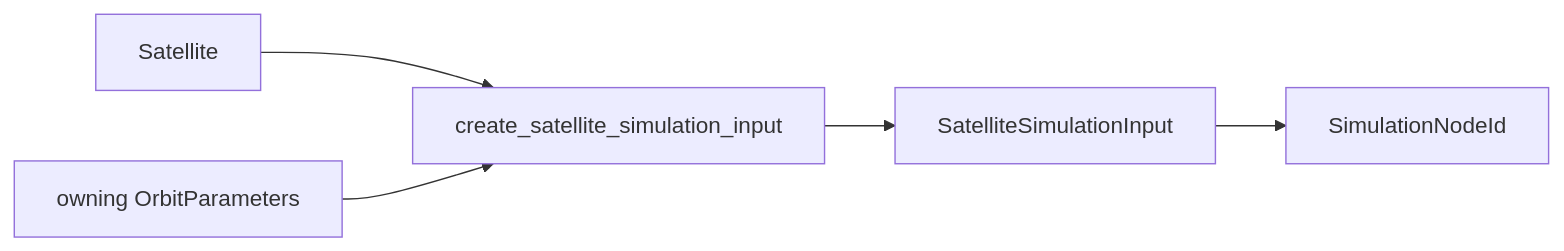
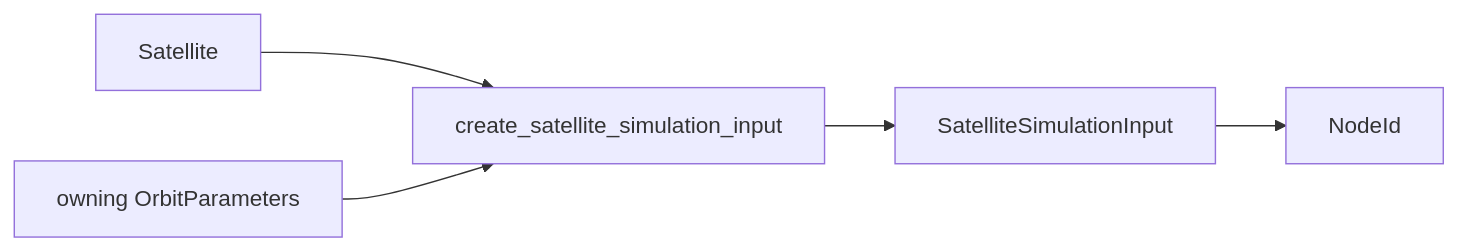
The second of 2 diagrams in skyseed_v2/docs/design/isolated-satellite-emulator.md (seed-labs/skyseed), drawn with Mermaid before and after one commit. The commit also changed other lines of this file and 47 other files, not shown here.

````diff
--- a/skyseed_v2/docs/design/isolated-satellite-emulator.md
+++ b/skyseed_v2/docs/design/isolated-satellite-emulator.md
@@ -65,7 +65,7 @@
 ```mermaid
 flowchart LR
     SAT[Satellite] --> CONVERT[create_satellite_simulation_input]
     OP[owning OrbitParameters] --> CONVERT
     CONVERT --> INPUT[SatelliteSimulationInput]
-    INPUT --> ID[SimulationNodeId]
+    INPUT --> ID[NodeId]
 ```
````
